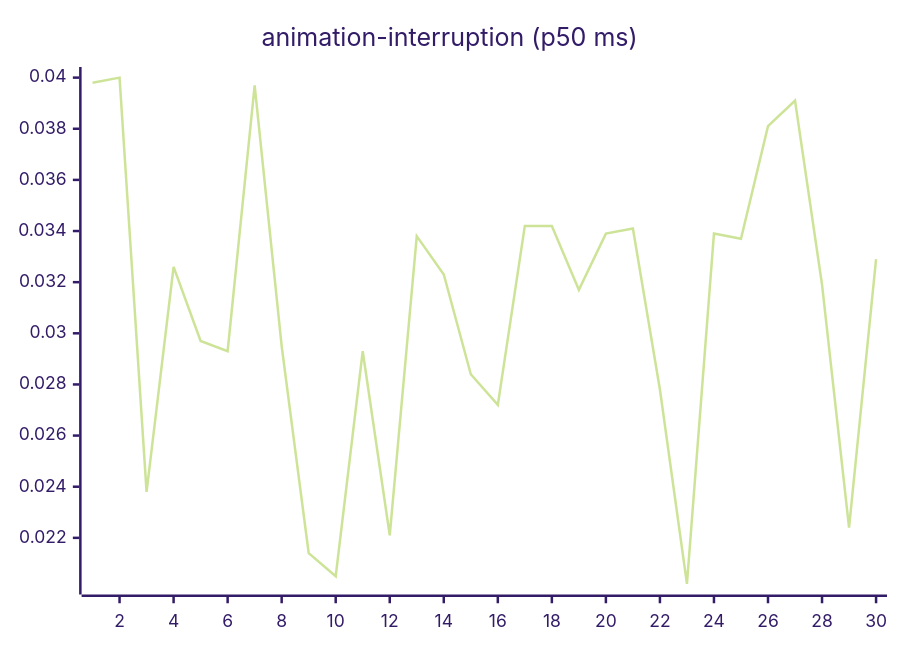
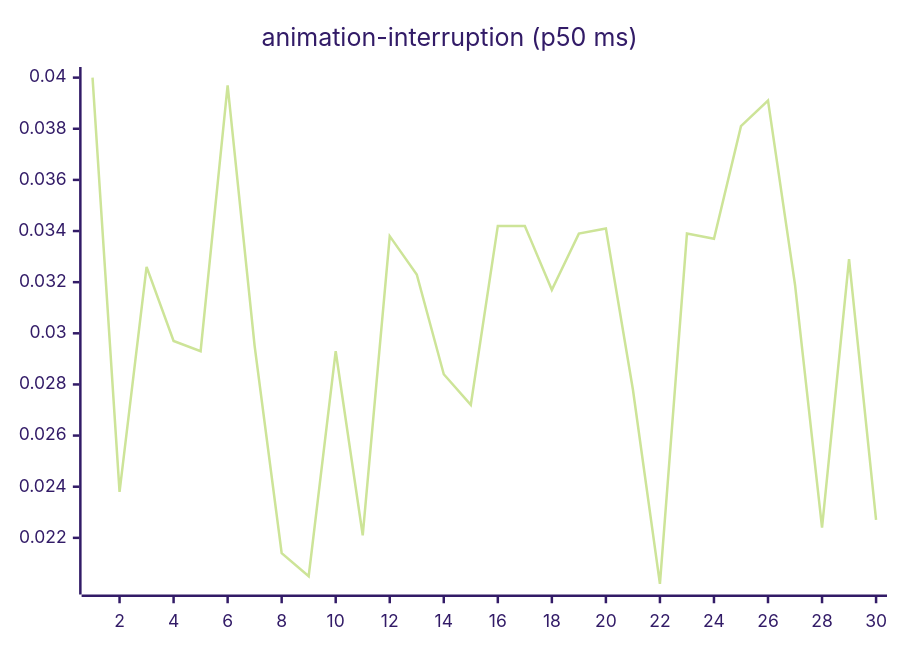
Before and after one commit to josha/Facet: the third of 27 diagrams in README.md, drawn with Mermaid (forest theme). The commit also changed other lines of this file and 2 other files, not shown here.

````diff
--- a/README.md
+++ b/README.md
@@ -77,6 +77,6 @@
 ```mermaid
 xychart-beta
     title "animation-interruption (p50 ms)"
     x-axis 1 --> 30
-    line [0.0398, 0.0400, 0.0238, 0.0326, 0.0297, 0.0293, 0.0397, 0.0295, 0.0214, 0.0205, 0.0293, 0.0221, 0.0338, 0.0323, 0.0284, 0.0272, 0.0342, 0.0342, 0.0317, 0.0339, 0.0341, 0.0278, 0.0202, 0.0339, 0.0337, 0.0381, 0.0391, 0.0319, 0.0224, 0.0329]
+    line [0.0400, 0.0238, 0.0326, 0.0297, 0.0293, 0.0397, 0.0295, 0.0214, 0.0205, 0.0293, 0.0221, 0.0338, 0.0323, 0.0284, 0.0272, 0.0342, 0.0342, 0.0317, 0.0339, 0.0341, 0.0278, 0.0202, 0.0339, 0.0337, 0.0381, 0.0391, 0.0319, 0.0224, 0.0329, 0.0227]
 ```
````
